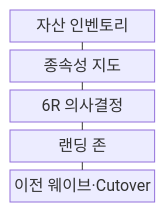
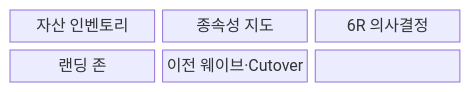
One commit to agnusdei1207/knowledge-base changed the first of 2 diagrams in src/content/docs/notes/08-latest-tech/179_cloud_migration_6r.md. Above: the diagram before and after it, drawn with Mermaid. The commit also changed other lines of this file and 228 other files, not shown here.

````diff
--- a/src/content/docs/notes/08-latest-tech/179_cloud_migration_6r.md
+++ b/src/content/docs/notes/08-latest-tech/179_cloud_migration_6r.md
@@ -49,13 +47,11 @@
 ```mermaid
 block-beta
-  columns 1
-  inventory["자산 인벤토리"]
-  dependency["종속성 지도"]
-  decision["6R 의사결정"]
-  landing["랜딩 존"]
-  wave["이전 웨이브·Cutover"]
-  inventory --- dependency
-  dependency --- decision
-  decision --- landing
-  landing --- wave
+  columns 3
+  N0["자산 인벤토리"]
+  N1["종속성 지도"]
+  N2["6R 의사결정"]
+  N3["랜딩 존"]
+  N4["이전 웨이브·Cutover"]
+  N0 --- N1 --- N2
+  N2 --- N3 --- N4
 ```
````
